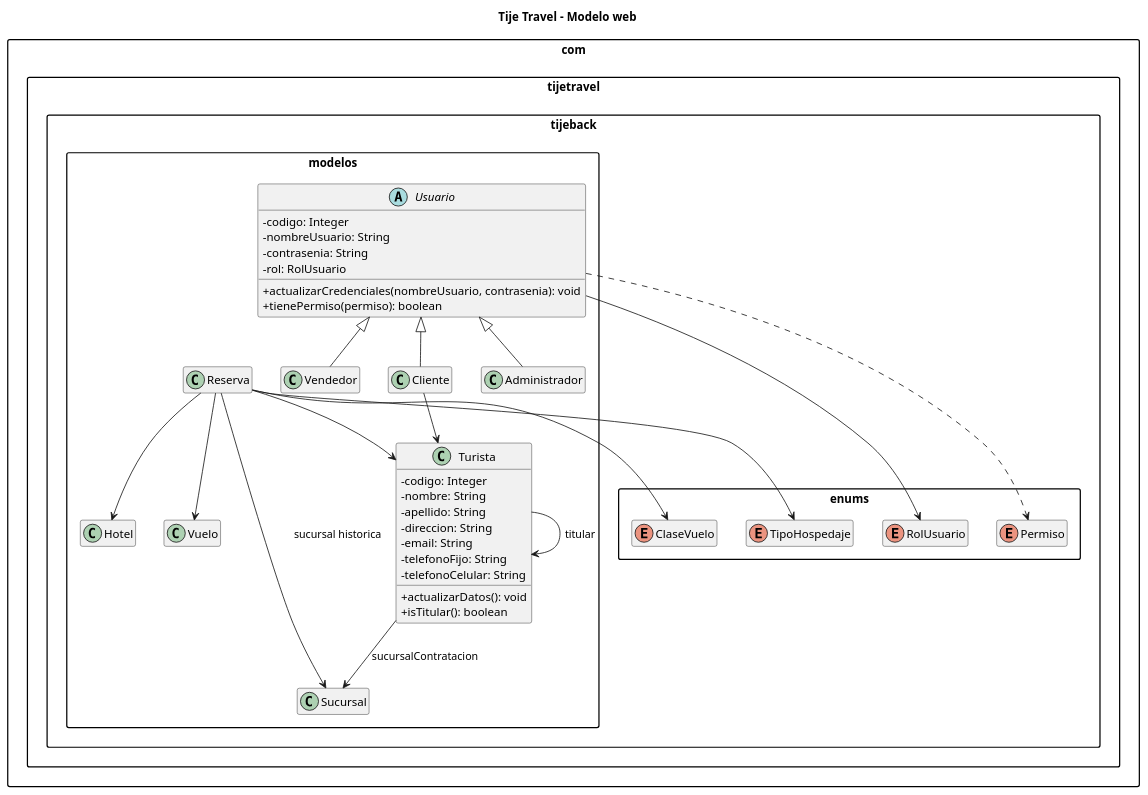
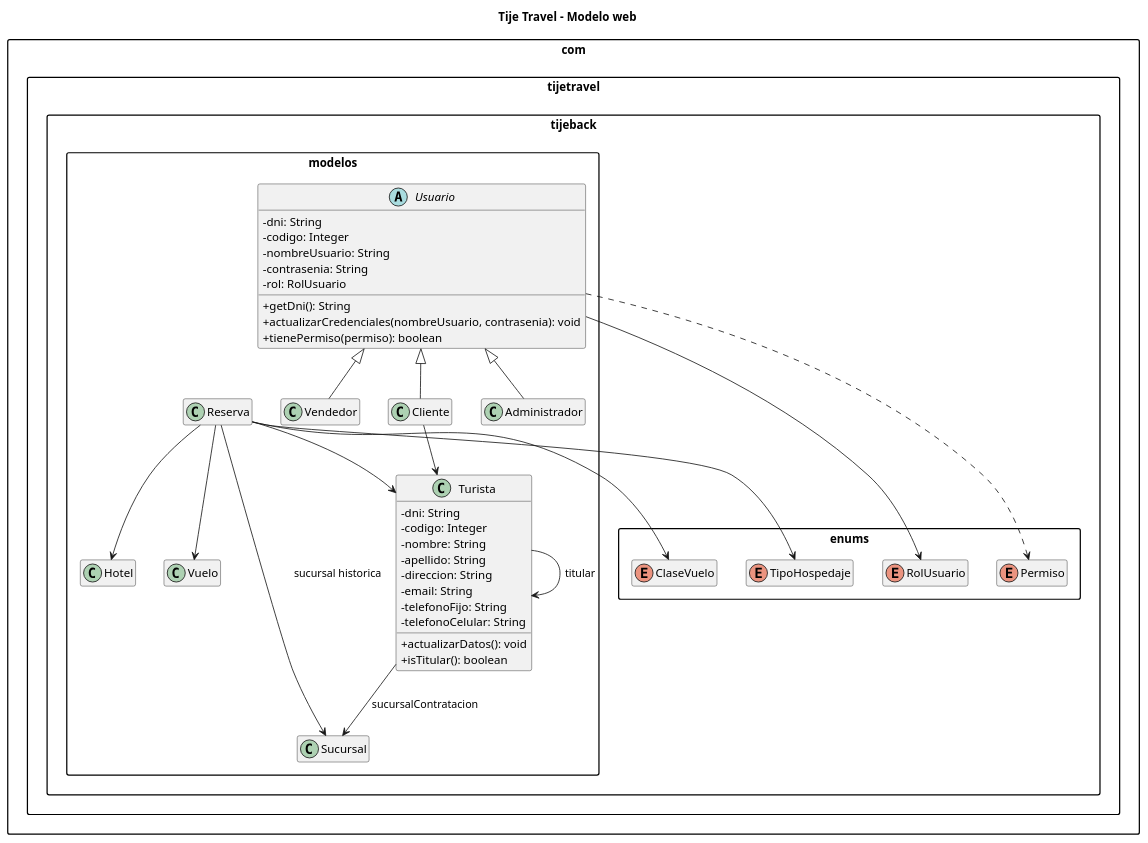
Before and after one commit to migmik/TPPrograII: the first of 2 diagrams in docs/uml-tijetravel.puml, drawn with PlantUML. The commit also changed 78 other files, not shown here.

```diff
--- a/docs/uml-tijetravel.puml
+++ b/docs/uml-tijetravel.puml
@@ -1,60 +1,63 @@
 @startuml TijeTravel_Modelo_Web
 title Tije Travel - Modelo web
 
 skinparam classAttributeIconSize 0
 skinparam shadowing false
 skinparam packageStyle rectangle
 hide empty members
 
 package "com.tijetravel.tijeback.enums" {
     enum RolUsuario
     enum Permiso
     enum ClaseVuelo
     enum TipoHospedaje
 }
 
 package "com.tijetravel.tijeback.modelos" {
     abstract class Usuario {
+        - dni: String
+        + getDni(): String
         - codigo: Integer
         - nombreUsuario: String
         - contrasenia: String
         - rol: RolUsuario
         + actualizarCredenciales(nombreUsuario, contrasenia): void
         + tienePermiso(permiso): boolean
     }
     class Administrador
     class Vendedor
     class Cliente
     class Turista {
+        - dni: String
         - codigo: Integer
         - nombre: String
         - apellido: String
         - direccion: String
         - email: String
         - telefonoFijo: String
         - telefonoCelular: String
         + actualizarDatos(): void
         + isTitular(): boolean
     }
     class Sucursal
     class Hotel
     class Vuelo
     class Reserva
 }
 
 Usuario <|-- Administrador
 Usuario <|-- Vendedor
 Usuario <|-- Cliente
 Cliente --> Turista
 Turista --> Sucursal : sucursalContratacion
 Turista --> Turista : titular
 Reserva --> Turista
 Reserva --> Sucursal : sucursal historica
 Reserva --> Vuelo
 Reserva --> Hotel
 Reserva --> ClaseVuelo
 Reserva --> TipoHospedaje
 Usuario --> RolUsuario
 Usuario ..> Permiso
 
 @enduml
```
